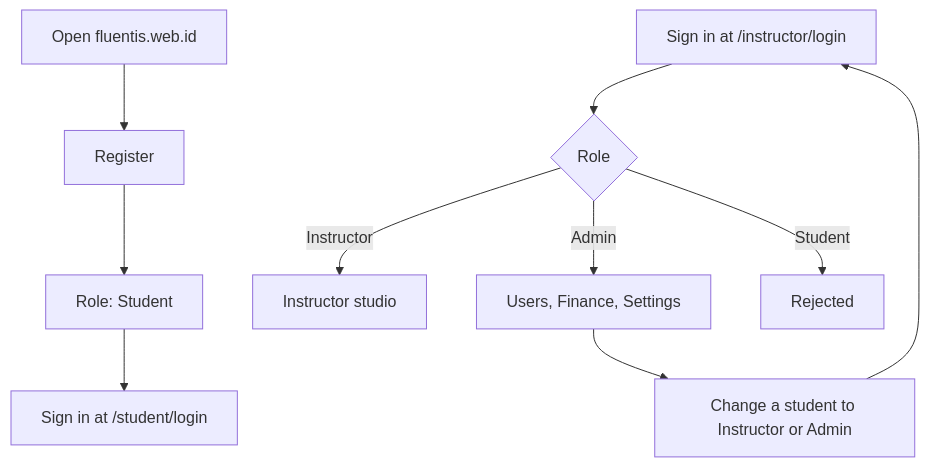
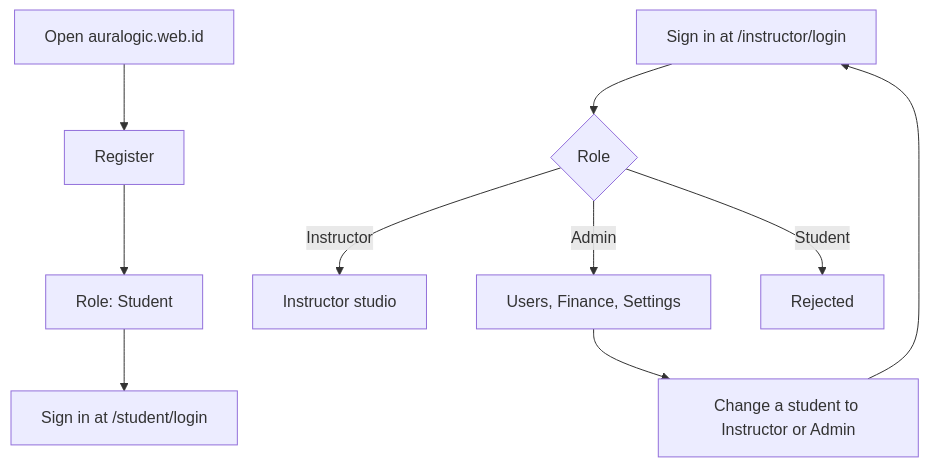
The first of 6 diagrams in docs/process-flow.md (bionte4/auralogic), drawn with Mermaid before and after one commit. The commit also changed other lines of this file and 9 other files, not shown here.

First line of the commit message:
Point production at auralogic.web.id.

````diff
--- a/docs/process-flow.md
+++ b/docs/process-flow.md
@@ -7,12 +7,12 @@
 ```mermaid
 flowchart TD
-  visit[Open fluentis.web.id] --> register[Register]
+  visit[Open auralogic.web.id] --> register[Register]
   register --> student[Role: Student]
   student --> studentLogin["Sign in at /student/login"]
   staffLogin["Sign in at /instructor/login"] --> staff{Role}
   staff -->|Instructor| studio[Instructor studio]
   staff -->|Admin| admin[Users, Finance, Settings]
   staff -->|Student| rejected[Rejected]
   admin --> promote[Change a student to Instructor or Admin]
   promote --> staffLogin
 ```
````
